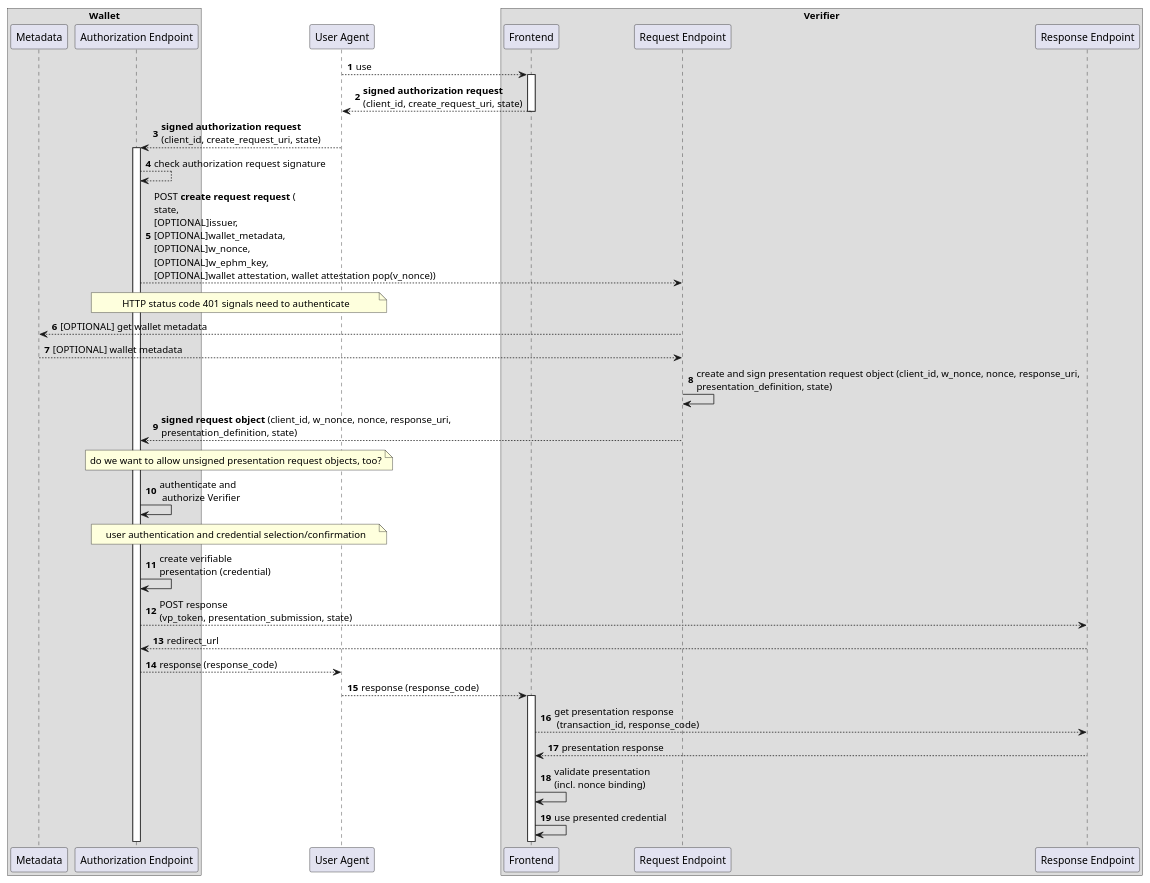
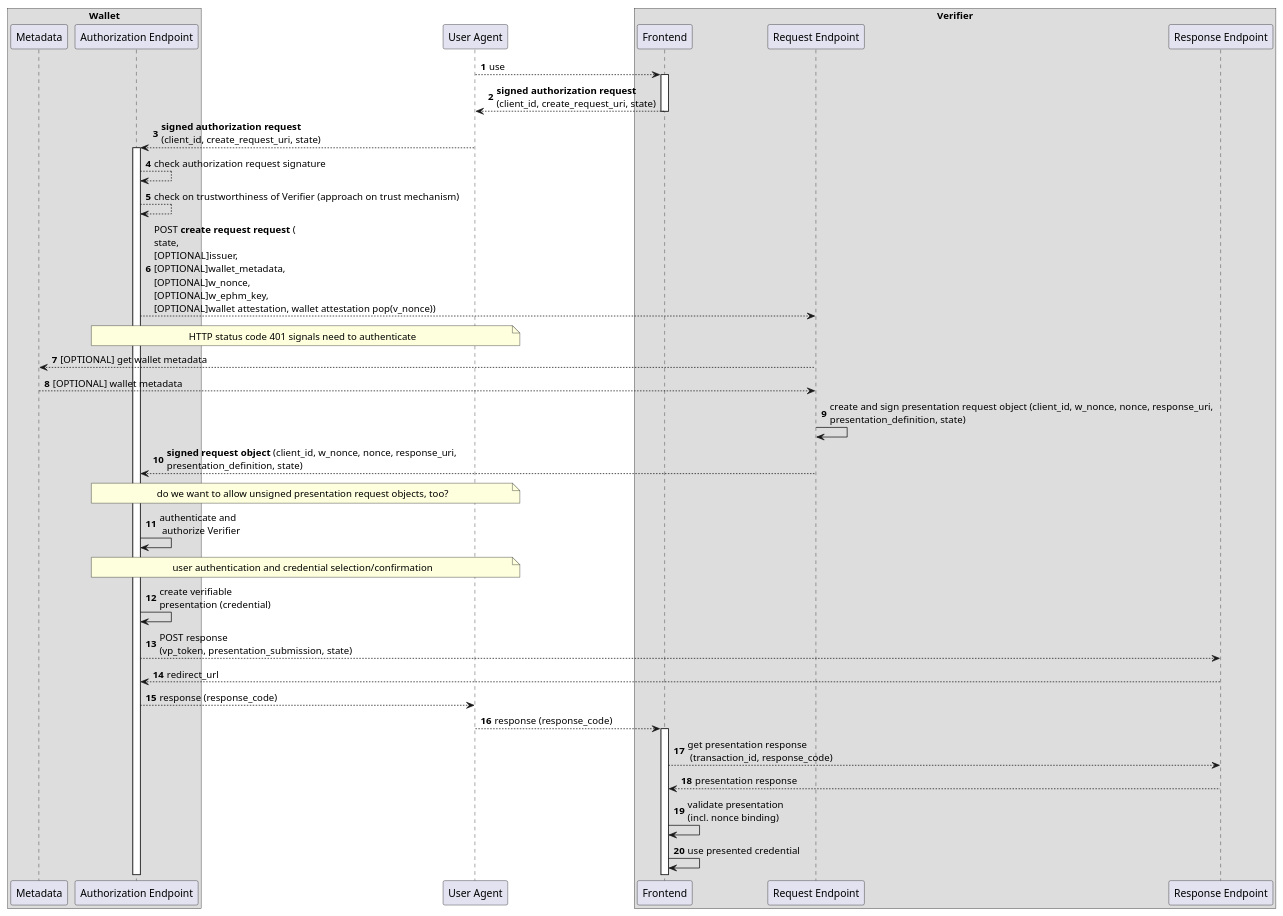
The diagram in diagrams/create_request_uri.md (openid/OpenID4VP), drawn with PlantUML before and after one commit.

Commit message:
added trustworthiness check to sequence diagram

````diff
--- a/diagrams/create_request_uri.md
+++ b/diagrams/create_request_uri.md
@@ -1,49 +1,50 @@
 ```plantuml
 @startuml
 
 autonumber
 
 box "Wallet"
 participant "Metadata" as wm
 participant "Authorization Endpoint" as w
 end box
 
 participant "User Agent" as u
 
 box "Verifier"
 participant "Frontend" as r
 participant "Request Endpoint" as rp
 participant "Response Endpoint" as rb
 end box
 
 u --> r : use
 activate r
 
 r --> u: **signed authorization request**\n(client_id, create_request_uri, state)
 deactivate r
 u --> w: **signed authorization request**\n(client_id, create_request_uri, state)
 activate w
 w --> w: check authorization request signature
+w --> w: check on trustworthiness of Verifier (approach on trust mechanism)
 w --> rp: POST **create request request** (\nstate,\n[OPTIONAL]issuer, \n[OPTIONAL]wallet_metadata, \n[OPTIONAL]w_nonce, \n[OPTIONAL]w_ephm_key, \n[OPTIONAL]wallet attestation, wallet attestation pop(v_nonce))
 note over u, w: HTTP status code 401 signals need to authenticate
 rp --> wm: [OPTIONAL] get wallet metadata
 wm --> rp: [OPTIONAL] wallet metadata
 rp -> rp: create and sign presentation request object (client_id, w_nonce, nonce, response_uri, \npresentation_definition, state)
 rp --> w: **signed request object** (client_id, w_nonce, nonce, response_uri, \npresentation_definition, state)
 note over u, w: do we want to allow unsigned presentation request objects, too?
 w -> w: authenticate and\n authorize Verifier
 
 note over u, w: user authentication and credential selection/confirmation
 
 w -> w: create verifiable\npresentation (credential)
 w --> rb: POST response \n(vp_token, presentation_submission, state)
 rb --> w: redirect_url
 w --> u: response (response_code)
 u --> r: response (response_code)
 activate r
 r --> rb: get presentation response\n (transaction_id, response_code)
 rb --> r: presentation response
 r -> r: validate presentation \n(incl. nonce binding)
 r -> r: use presented credential 
 @enduml
 ```
````
